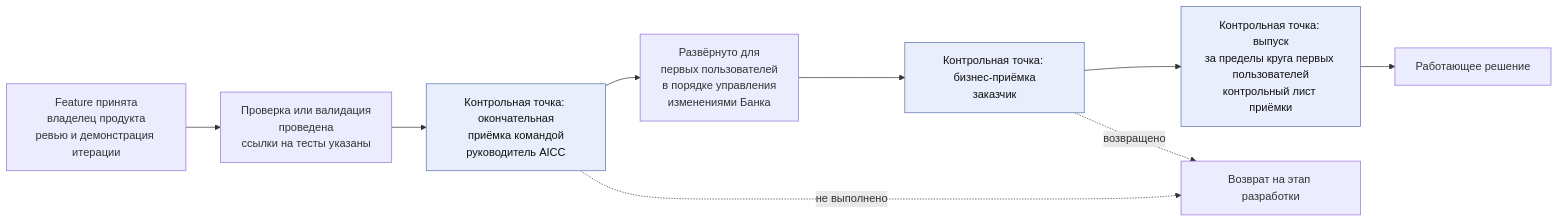
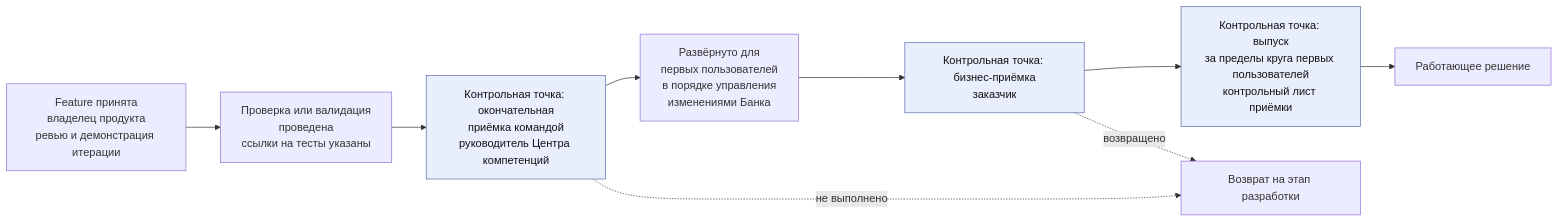
Before and after one commit to devhogu/ob-aicc: the sixth of 10 diagrams in charter/ru/workflows/service-delivery.md, drawn with Mermaid. The commit also changed other lines of this file and 1149 other files, not shown here.

````diff
--- a/charter/ru/workflows/service-delivery.md
+++ b/charter/ru/workflows/service-delivery.md
@@ -163,13 +163,13 @@
 ```mermaid
 flowchart LR
   FA["Feature принята<br/>владелец продукта<br/>ревью и демонстрация итерации"] --> CV["Проверка или валидация<br/>проведена<br/>ссылки на тесты указаны"]
-  CV --> TF["Контрольная точка: окончательная<br/>приёмка командой<br/>руководитель AICC"]
+  CV --> TF["Контрольная точка: окончательная<br/>приёмка командой<br/>руководитель Центра компетенций"]
   TF --> FU["Развёрнуто для<br/>первых пользователей<br/>в порядке управления<br/>изменениями Банка"]
   FU --> BA["Контрольная точка: бизнес-приёмка<br/>заказчик"]
   BA --> RL["Контрольная точка: выпуск<br/>за пределы круга первых пользователей<br/>контрольный лист приёмки"]
   RL --> LV["Работающее решение"]
   TF -.->|"не выполнено"| BK["Возврат на этап разработки"]
   BA -.->|"возвращено"| BK
   classDef gate fill:#e8eefc,stroke:#5a6fa8,color:#111
   class TF,BA,RL gate
 ```
````
